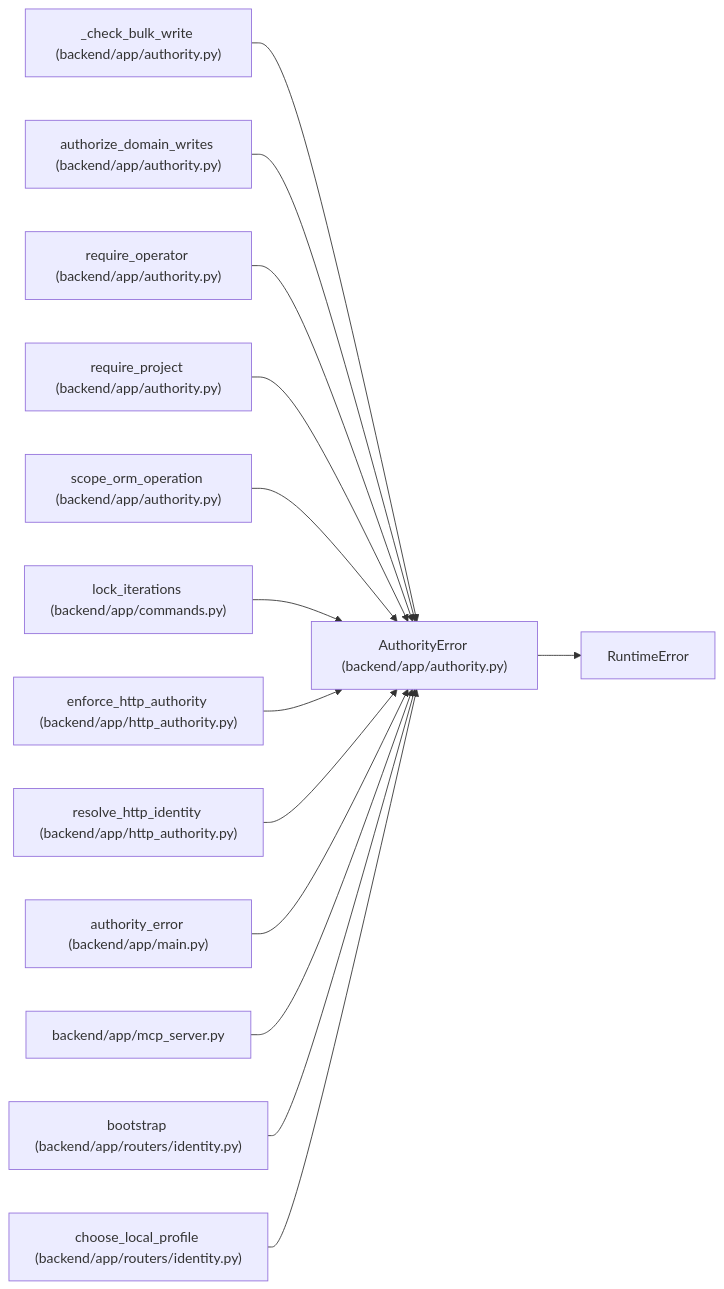
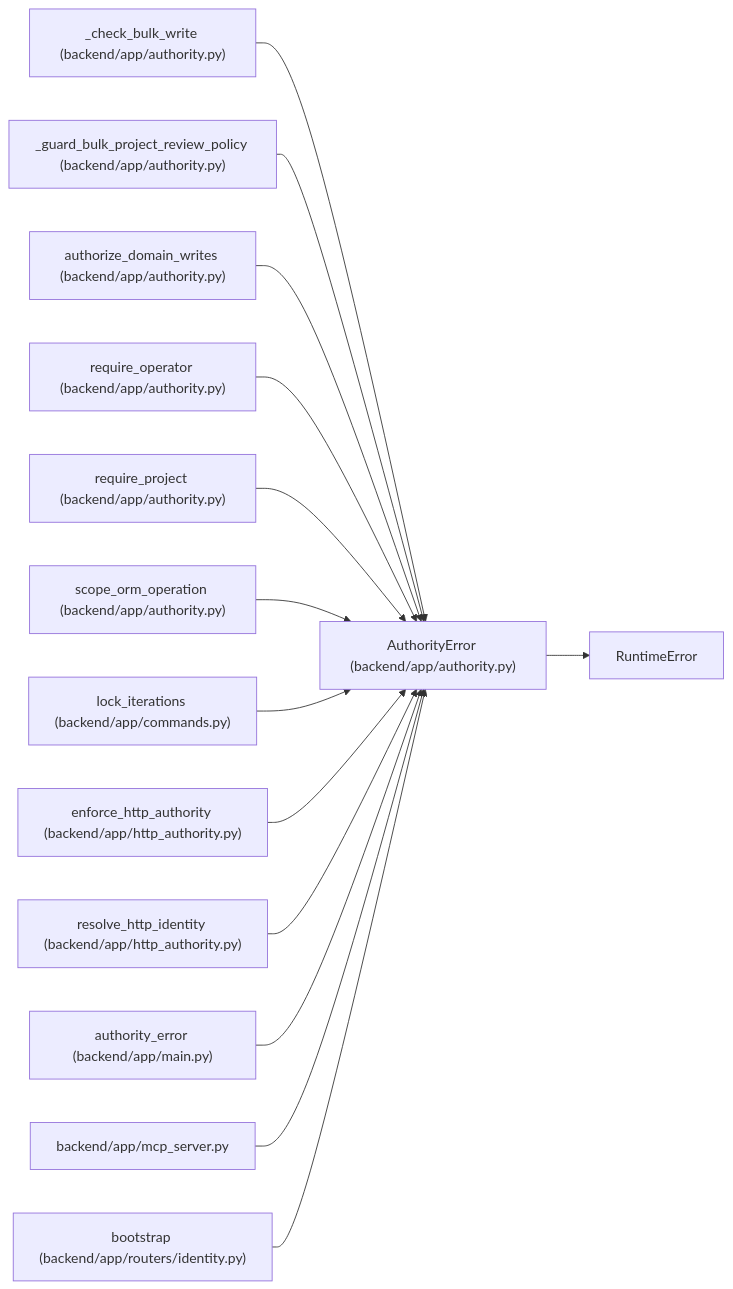
The diagram in docs/llm_wiki/entities/AuthorityError.md (Denissvgn/WorkChord), drawn with Mermaid before and after one commit. The commit also changed other lines of this file and 2373 other files, not shown here.

````diff
--- a/docs/llm_wiki/entities/AuthorityError.md
+++ b/docs/llm_wiki/entities/AuthorityError.md
@@ -26,43 +26,43 @@
 ```mermaid
 flowchart LR
     n0["AuthorityError (backend/app/authority.py)"]
     n1["RuntimeError"]
     n2["_check_bulk_write (backend/app/authority.py)"]
-    n3["authorize_domain_writes (backend/app/authority.py)"]
-    n4["require_operator (backend/app/authority.py)"]
-    n5["require_project (backend/app/authority.py)"]
-    n6["scope_orm_operation (backend/app/authority.py)"]
-    n7["lock_iterations (backend/app/commands.py)"]
-    n8["enforce_http_authority (backend/app/http_authority.py)"]
-    n9["resolve_http_identity (backend/app/http_authority.py)"]
-    n10["authority_error (backend/app/main.py)"]
-    n11["backend/app/mcp_server.py"]
-    n12["bootstrap (backend/app/routers/identity.py)"]
-    n13["choose_local_profile (backend/app/routers/identity.py)"]
+    n3["_guard_bulk_project_review_policy (backend/app/authority.py)"]
+    n4["authorize_domain_writes (backend/app/authority.py)"]
+    n5["require_operator (backend/app/authority.py)"]
+    n6["require_project (backend/app/authority.py)"]
+    n7["scope_orm_operation (backend/app/authority.py)"]
+    n8["lock_iterations (backend/app/commands.py)"]
+    n9["enforce_http_authority (backend/app/http_authority.py)"]
+    n10["resolve_http_identity (backend/app/http_authority.py)"]
+    n11["authority_error (backend/app/main.py)"]
+    n12["backend/app/mcp_server.py"]
+    n13["bootstrap (backend/app/routers/identity.py)"]
     n0 --> n1
     n2 --> n0
     n3 --> n0
     n4 --> n0
     n5 --> n0
     n6 --> n0
     n7 --> n0
     n8 --> n0
     n9 --> n0
     n10 --> n0
     n11 --> n0
     n12 --> n0
     n13 --> n0
     click n0 "../modules/authority.md"
     click n2 "../modules/authority.md"
     click n3 "../modules/authority.md"
     click n4 "../modules/authority.md"
     click n5 "../modules/authority.md"
     click n6 "../modules/authority.md"
-    click n7 "../modules/commands.md"
-    click n8 "../modules/http_authority.md"
+    click n7 "../modules/authority.md"
+    click n8 "../modules/commands.md"
     click n9 "../modules/http_authority.md"
-    click n10 "../modules/app_main.md"
-    click n11 "../modules/mcp_server.md"
-    click n12 "../modules/routers_identity.md"
+    click n10 "../modules/http_authority.md"
+    click n11 "../modules/app_main.md"
+    click n12 "../modules/mcp_server.md"
     click n13 "../modules/routers_identity.md"
 ```
````
